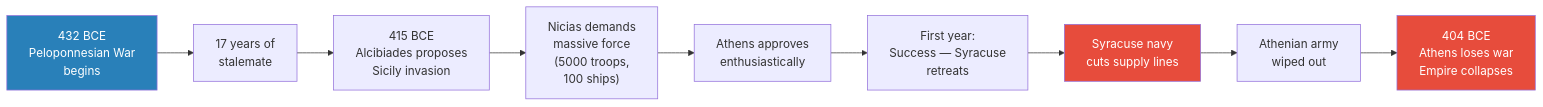
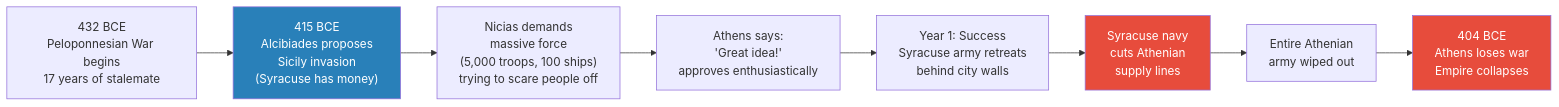
One commit to alius33/reader changed the sixth of 11 diagrams in summaries/Lectures/Geo-Strategy/08 - The Iran Trap.md. Above: the diagram before and after it, drawn with Mermaid. The commit also changed other lines of this file and 26 other files, not shown here.

````diff
--- a/summaries/Lectures/Geo-Strategy/08 - The Iran Trap.md
+++ b/summaries/Lectures/Geo-Strategy/08 - The Iran Trap.md
@@ -411,14 +376,13 @@
 ```mermaid
 flowchart LR
-    A["432 BCE<br/>Peloponnesian War<br/>begins"] --> B["17 years of<br/>stalemate"]
-    B --> C["415 BCE<br/>Alcibiades proposes<br/>Sicily invasion"]
-    C --> D["Nicias demands<br/>massive force<br/>(5000 troops,<br/>100 ships)"]
-    D --> E["Athens approves<br/>enthusiastically"]
-    E --> F["First year:<br/>Success — Syracuse<br/>retreats"]
-    F --> G["Syracuse navy<br/>cuts supply lines"]
-    G --> H["Athenian army<br/>wiped out"]
-    H --> I["404 BCE<br/>Athens loses war<br/>Empire collapses"]
-    style A fill:#2980b9,color:#fff
-    style G fill:#e74c3c,color:#fff
-    style I fill:#e74c3c,color:#fff
+    A["432 BCE<br/>Peloponnesian War begins<br/>17 years of stalemate"] --> B["415 BCE<br/>Alcibiades proposes<br/>Sicily invasion<br/>(Syracuse has money)"]
+    B --> C["Nicias demands<br/>massive force<br/>(5,000 troops, 100 ships)<br/>trying to scare people off"]
+    C --> D["Athens says:<br/>'Great idea!'<br/>approves enthusiastically"]
+    D --> E["Year 1: Success<br/>Syracuse army retreats<br/>behind city walls"]
+    E --> F["Syracuse navy<br/>cuts Athenian<br/>supply lines"]
+    F --> G["Entire Athenian<br/>army wiped out"]
+    G --> H["404 BCE<br/>Athens loses war<br/>Empire collapses"]
+    style B fill:#2980b9,color:#fff
+    style F fill:#e74c3c,color:#fff
+    style H fill:#e74c3c,color:#fff
 ```
````
